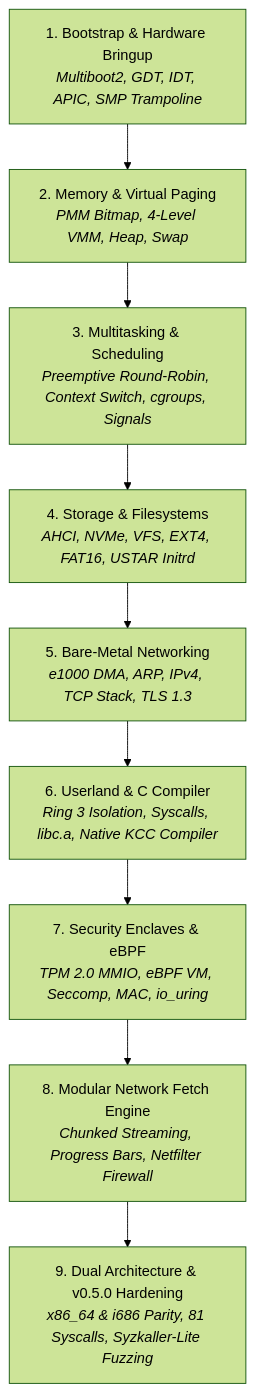
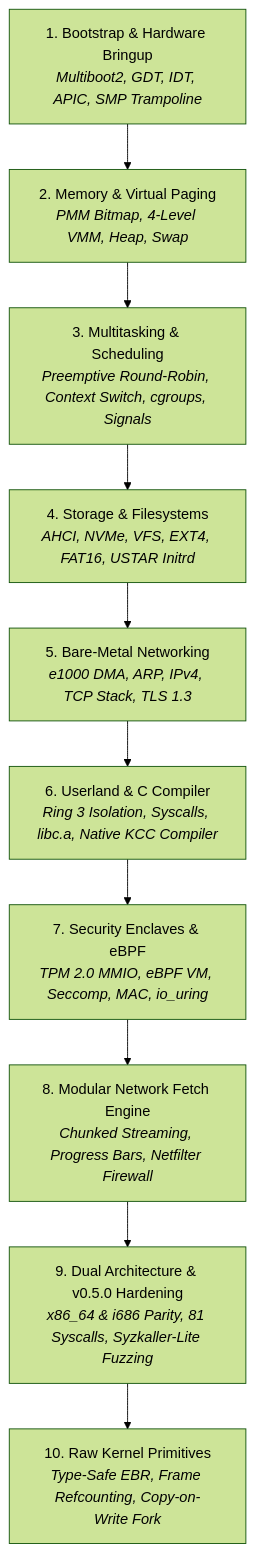
One commit to mrvlous/keira changed the diagram in docs/journey/README.md. Above: the diagram before and after it, drawn with Mermaid (forest theme). The commit also changed other lines of this file and 5 other files, not shown here.

Commit message:
docs: synchronize milestone 10 raw kernel architecture and primitives

````diff
--- a/docs/journey/README.md
+++ b/docs/journey/README.md
@@ -11,11 +11,12 @@
 ```mermaid
 graph TD
     M1["1. Bootstrap & Hardware Bringup<br/><i>Multiboot2, GDT, IDT, APIC, SMP Trampoline</i>"] --> M2["2. Memory & Virtual Paging<br/><i>PMM Bitmap, 4-Level VMM, Heap, Swap</i>"]
     M2 --> M3["3. Multitasking & Scheduling<br/><i>Preemptive Round-Robin, Context Switch, cgroups, Signals</i>"]
     M3 --> M4["4. Storage & Filesystems<br/><i>AHCI, NVMe, VFS, EXT4, FAT16, USTAR Initrd</i>"]
     M4 --> M5["5. Bare-Metal Networking<br/><i>e1000 DMA, ARP, IPv4, TCP Stack, TLS 1.3</i>"]
     M5 --> M6["6. Userland & C Compiler<br/><i>Ring 3 Isolation, Syscalls, libc.a, Native KCC Compiler</i>"]
     M6 --> M7["7. Security Enclaves & eBPF<br/><i>TPM 2.0 MMIO, eBPF VM, Seccomp, MAC, io_uring</i>"]
     M7 --> M8["8. Modular Network Fetch Engine<br/><i>Chunked Streaming, Progress Bars, Netfilter Firewall</i>"]
     M8 --> M9["9. Dual Architecture & v0.5.0 Hardening<br/><i>x86_64 & i686 Parity, 81 Syscalls, Syzkaller-Lite Fuzzing</i>"]
+    M9 --> M10["10. Raw Kernel Primitives<br/><i>Type-Safe EBR, Frame Refcounting, Copy-on-Write Fork</i>"]
 ```
````
